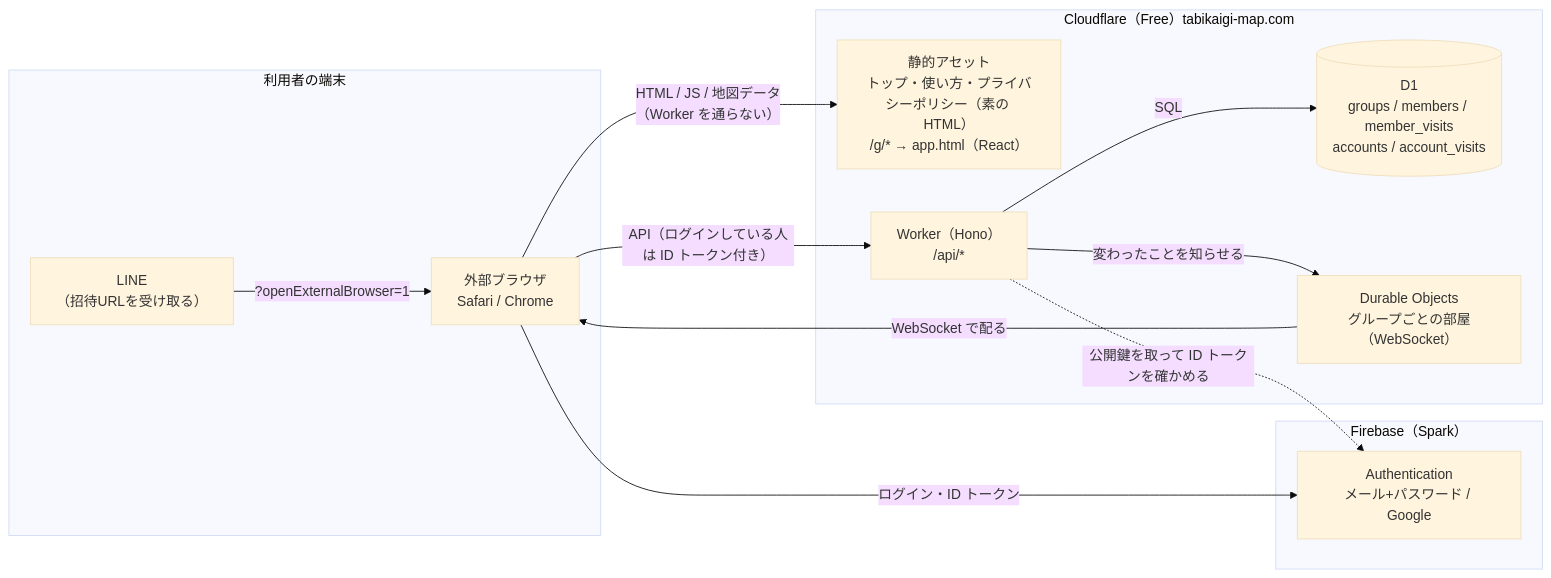
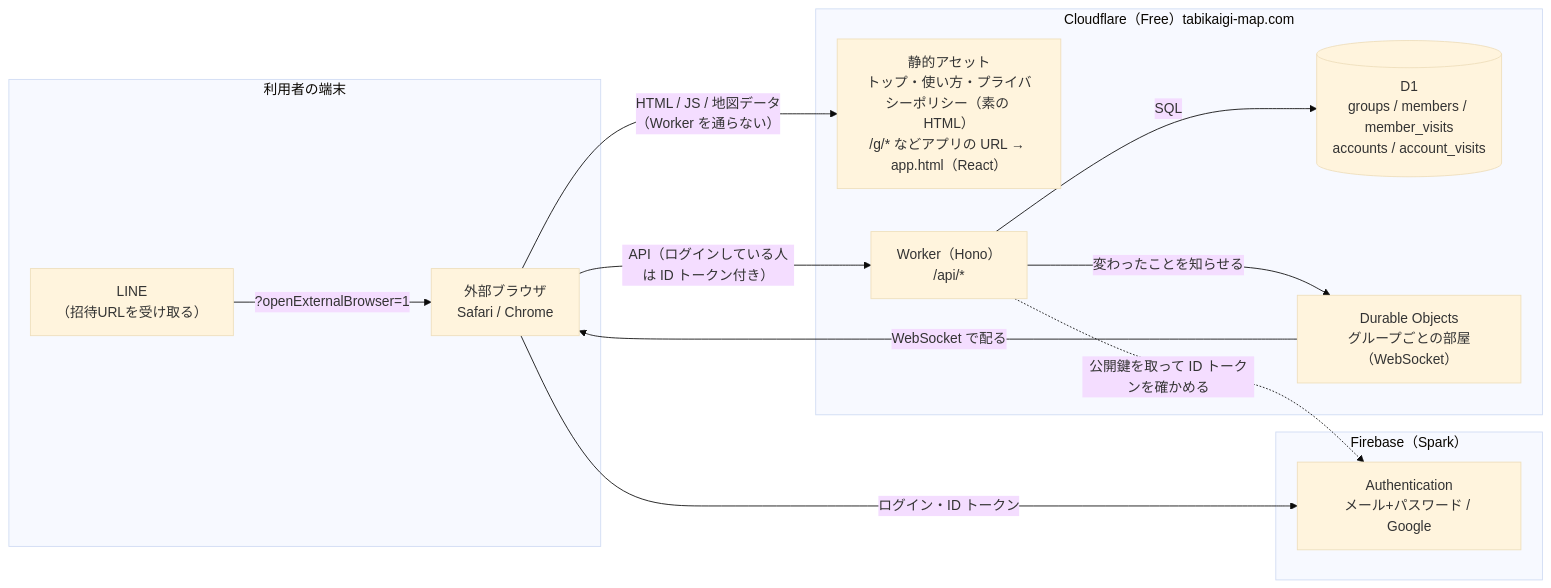
The diagram in docs/design/architecture.md (yuppy52/tabikaigi-map), drawn with Mermaid (base theme) before and after one commit. The commit also changed other lines of this file and 7 other files, not shown here.

````diff
--- a/docs/design/architecture.md
+++ b/docs/design/architecture.md
@@ -7,27 +7,27 @@
 ```mermaid
 flowchart LR
   subgraph client["利用者の端末"]
     LINE["LINE<br/>（招待URLを受け取る）"]
     Browser["外部ブラウザ<br/>Safari / Chrome"]
     LINE -- "?openExternalBrowser=1" --> Browser
   end
 
   subgraph cf["Cloudflare（Free）tabikaigi-map.com"]
-    Assets["静的アセット<br/>トップ・使い方・プライバシーポリシー（素の HTML）<br/>/g/* → app.html（React）"]
+    Assets["静的アセット<br/>トップ・使い方・プライバシーポリシー（素の HTML）<br/>/g/* などアプリの URL → app.html（React）"]
     Worker["Worker（Hono）<br/>/api/*"]
     D1[("D1<br/>groups / members / member_visits<br/>accounts / account_visits")]
     Room["Durable Objects<br/>グループごとの部屋（WebSocket）"]
   end
 
   subgraph fb["Firebase（Spark）"]
     Auth["Authentication<br/>メール+パスワード / Google"]
   end
 
   Browser -- "HTML / JS / 地図データ<br/>（Worker を通らない）" --> Assets
   Browser -- "API（ログインしている人は ID トークン付き）" --> Worker
   Worker -- "SQL" --> D1
   Worker -- "変わったことを知らせる" --> Room
   Room -- "WebSocket で配る" --> Browser
   Browser -- "ログイン・ID トークン" --> Auth
   Worker -. "公開鍵を取って ID トークンを確かめる" .-> Auth
 ```
````
